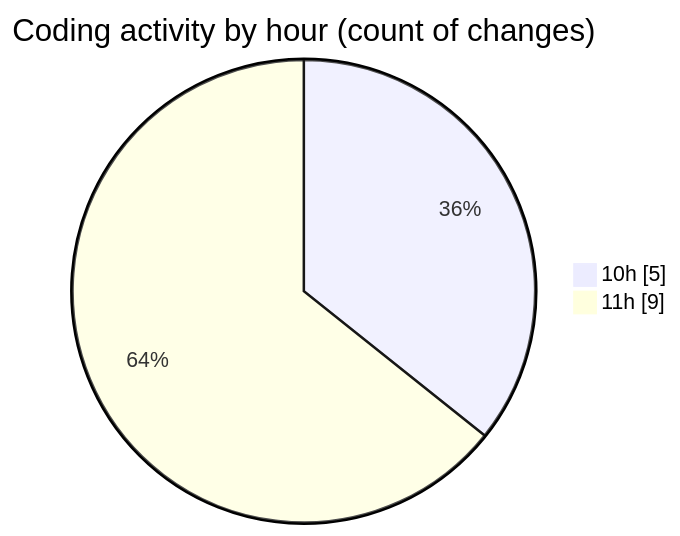
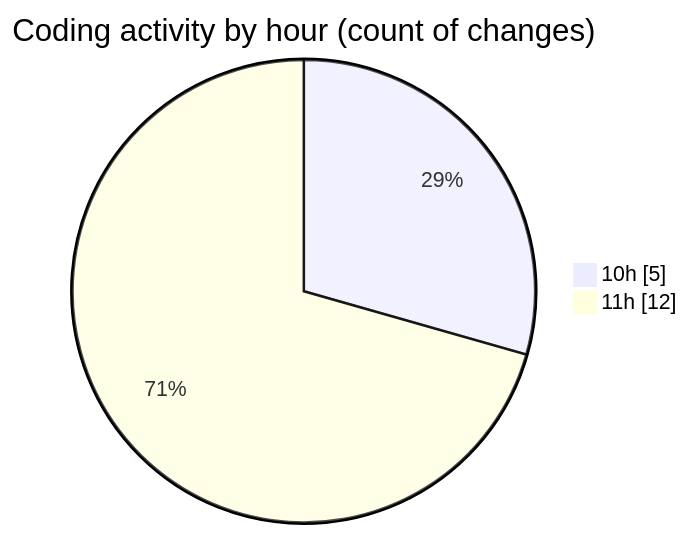
One commit to nxtqubesakshisongat/code-tracking changed the second of 2 diagrams in 2025-06-21/nxtqube_webapp/README.md. Above: the diagram before and after it, drawn with Mermaid. The commit also changed other lines of this file and 1 other file, not shown here.

````diff
--- a/2025-06-21/nxtqube_webapp/README.md
+++ b/2025-06-21/nxtqube_webapp/README.md
@@ -28,6 +28,6 @@
 ```mermaid
 pie showData
 title Coding activity by hour (count of changes)
 "10h" : 5
-"11h" : 9
+"11h" : 12
 ```
````
